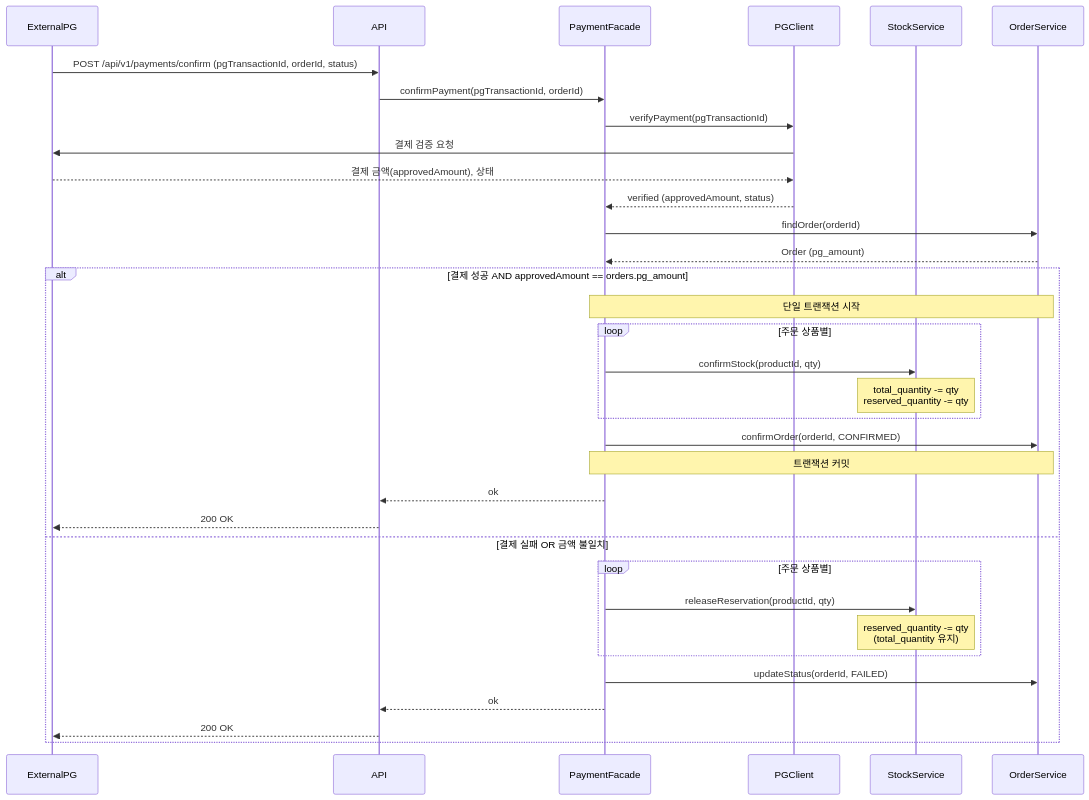
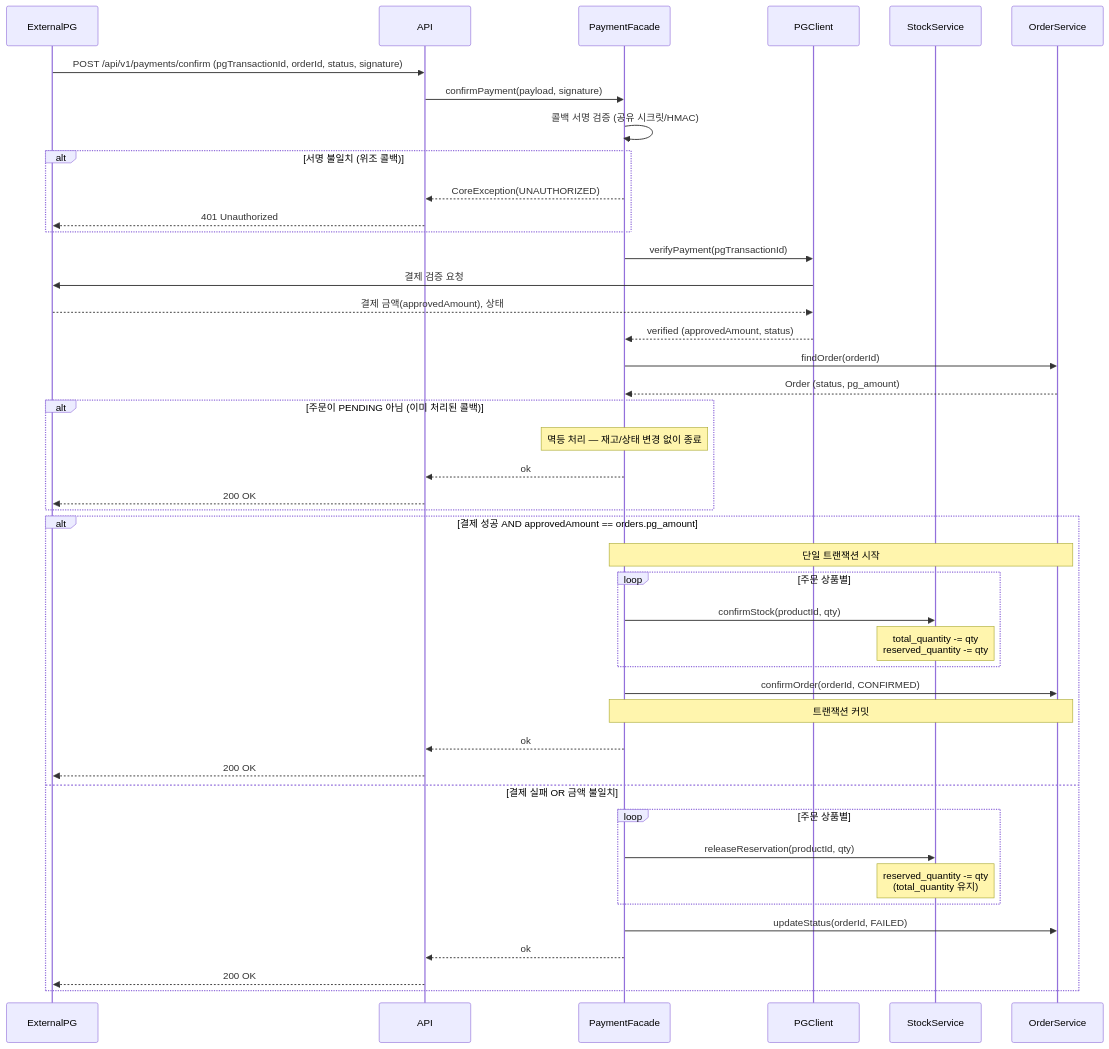
Before and after one commit to loopers-labs/loop-pack-be-l2-vol4-java: the second of 7 diagrams in .docs/design/02-sequence-diagrams.md, drawn with Mermaid. The commit also changed other lines of this file and 2 other files, not shown here.

Commit message:
docs: 설계 문서 점검 반영 - 결제 콜백 보안/멱등, 품절 정의, 만료 15분 등
- 품절/판매가능 정의 명확화 (가용 재고 기준, stockStatus 연결)
- 결제 콜백 서명 검증(위조 차단) + 멱등 처리(중복 콜백 시 재고 이중 차감 방지)
- 좋아요 타 유저 목록 접근 404 통일, 에러 코드 표 반영
- 고객 주문 목록 페이지네이션(page/size) 추가
- 삭제 상품 like_count 비동기 삭제 시 보정 제외 명시
- PENDING 주문 만료 기준 15분 확정

````diff
--- a/.docs/design/02-sequence-diagrams.md
+++ b/.docs/design/02-sequence-diagrams.md
@@ -63,44 +63,56 @@
 ```mermaid
 sequenceDiagram
     participant ExternalPG
     participant API
     participant PaymentFacade
     participant PGClient
     participant StockService
     participant OrderService
 
-    ExternalPG->>API: POST /api/v1/payments/confirm (pgTransactionId, orderId, status)
-    API->>PaymentFacade: confirmPayment(pgTransactionId, orderId)
+    ExternalPG->>API: POST /api/v1/payments/confirm (pgTransactionId, orderId, status, signature)
+    API->>PaymentFacade: confirmPayment(payload, signature)
+
+    PaymentFacade->>PaymentFacade: 콜백 서명 검증 (공유 시크릿/HMAC)
+    alt 서명 불일치 (위조 콜백)
+        PaymentFacade-->>API: CoreException(UNAUTHORIZED)
+        API-->>ExternalPG: 401 Unauthorized
+    end
 
     PaymentFacade->>PGClient: verifyPayment(pgTransactionId)
     PGClient->>ExternalPG: 결제 검증 요청
     ExternalPG-->>PGClient: 결제 금액(approvedAmount), 상태
     PGClient-->>PaymentFacade: verified (approvedAmount, status)
 
     PaymentFacade->>OrderService: findOrder(orderId)
-    OrderService-->>PaymentFacade: Order (pg_amount)
+    OrderService-->>PaymentFacade: Order (status, pg_amount)
+
+    alt 주문이 PENDING 아님 (이미 처리된 콜백)
+        Note over PaymentFacade: 멱등 처리 — 재고/상태 변경 없이 종료
+        PaymentFacade-->>API: ok
+        API-->>ExternalPG: 200 OK
+    end
 
     alt 결제 성공 AND approvedAmount == orders.pg_amount
         Note over PaymentFacade, OrderService: 단일 트랜잭션 시작
         loop 주문 상품별
             PaymentFacade->>StockService: confirmStock(productId, qty)
             Note over StockService: total_quantity -= qty<br/>reserved_quantity -= qty
         end
 
         PaymentFacade->>OrderService: confirmOrder(orderId, CONFIRMED)
         Note over PaymentFacade, OrderService: 트랜잭션 커밋
 
         PaymentFacade-->>API: ok
         API-->>ExternalPG: 200 OK
 
     else 결제 실패 OR 금액 불일치
         loop 주문 상품별
             PaymentFacade->>StockService: releaseReservation(productId, qty)
             Note over StockService: reserved_quantity -= qty<br/>(total_quantity 유지)
         end
 
         PaymentFacade->>OrderService: updateStatus(orderId, FAILED)
         PaymentFacade-->>API: ok
         API-->>ExternalPG: 200 OK
     end
 ```
````
